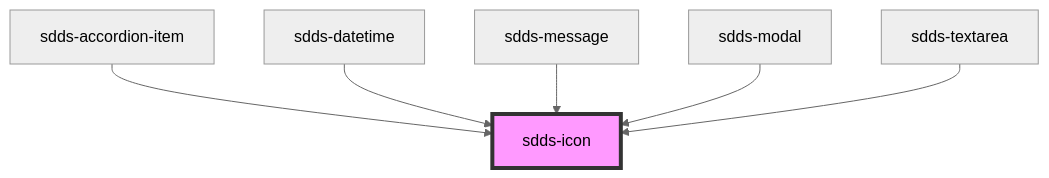
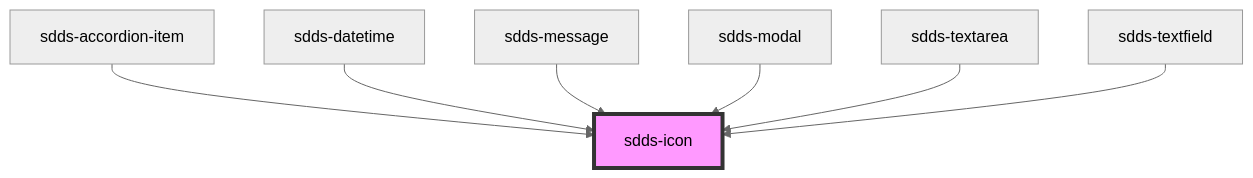
One commit to scania-digital-design-system/sdds changed the diagram in tegel/src/components/icon/readme.md. Above: the diagram before and after it, drawn with Mermaid (neutral theme). The commit also changed other lines of this file and 9 other files, not shown here.

````diff
--- a/tegel/src/components/icon/readme.md
+++ b/tegel/src/components/icon/readme.md
@@ -25,9 +26,10 @@
 ```mermaid
 graph TD;
   sdds-accordion-item --> sdds-icon
   sdds-datetime --> sdds-icon
   sdds-message --> sdds-icon
   sdds-modal --> sdds-icon
   sdds-textarea --> sdds-icon
+  sdds-textfield --> sdds-icon
   style sdds-icon fill:#f9f,stroke:#333,stroke-width:4px
 ```
````
